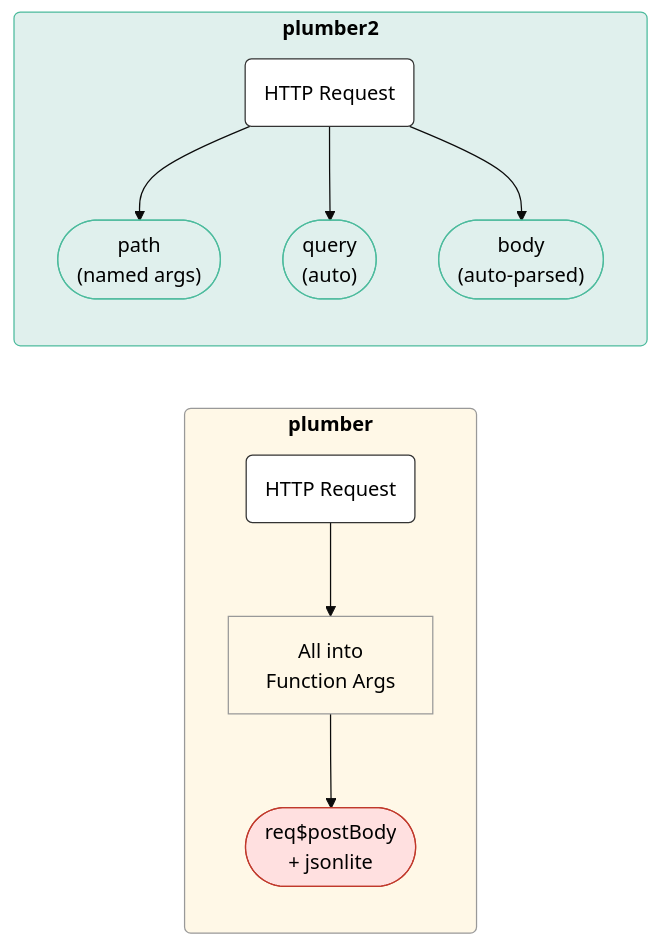
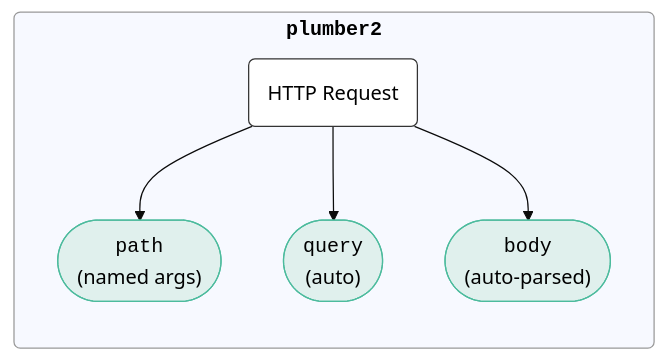
Before and after one commit to mjfrigaard/mjfrigaard.github.io: the third of 5 diagrams in posts/shiny-plumber/index.qmd, drawn with Mermaid. The commit also changed other lines of this file and 7 other files, not shown here.

````diff
--- a/posts/shiny-plumber/index.qmd
+++ b/posts/shiny-plumber/index.qmd
@@ -136,39 +162,26 @@
 ```{mermaid}
 %%| eval: true
 %%| echo: false
 %%| fig-align: 'center'
-%%| fig-cap: 'Parameter Routing: plumber vs plumber2'
+%%| fig-cap: 'Parameter Routing: plumber2'
 %%{init: {'theme': 'base', 'themeVariables': {'fontFamily': 'monospace', 'darkMode': true}}}%%
 
 flowchart LR
-    subgraph Plumber["<strong>plumber</strong>"]
-        direction TB
-        ReqPlumb("HTTP Request")
-        ParsePlumb["All into<br/>Function Args"]
-        ManualPlumb(["req$postBody<br/>+ jsonlite"])
-        ReqPlumb --> ParsePlumb
-        ParsePlumb --> ManualPlumb
-    end
-
-    subgraph Plumber2["<strong>plumber2</strong>"]
+    subgraph Plumber2["<strong><code>plumber2<code></strong>"]
         direction TB
         ReqP2("HTTP Request")
-        PathP2(["path<br/>(named args)"])
-        QueryP2(["query<br/>(auto)"])
-        BodyP2(["body<br/>(auto-parsed)"])
+        PathP2(["<code>path</code><br/>(named args)"])
+        QueryP2(["<code>query</code><br/>(auto)"])
+        BodyP2(["<code>body</code><br/>(auto-parsed)"])
         ReqP2 --> PathP2
         ReqP2 --> QueryP2
         ReqP2 --> BodyP2
     end
 
-    style Plumber fill:#FFF8E7,stroke:#999,color:#000000,rx:5,ry:5
-    style Plumber2 fill:#E0F0ED,stroke:#4CBB9D,color:#000000,rx:5,ry:5
-    style ReqPlumb fill:#FFFFFF,stroke:#333,color:#000000
-    style ParsePlumb fill:#FFF8E7,stroke:#999,color:#000000
-    style ManualPlumb fill:#FFE0E0,stroke:#c0392b,color:#000000
+    style Plumber2 stroke:#999,color:#000000,rx:5,ry:5
     style ReqP2 fill:#FFFFFF,stroke:#333,color:#000000
     style PathP2 fill:#E0F0ED,stroke:#4CBB9D,color:#000000,rx:5,ry:5
     style QueryP2 fill:#E0F0ED,stroke:#4CBB9D,color:#000000,rx:5,ry:5
     style BodyP2 fill:#E0F0ED,stroke:#4CBB9D,color:#000000,rx:5,ry:5
     
 ```
````
